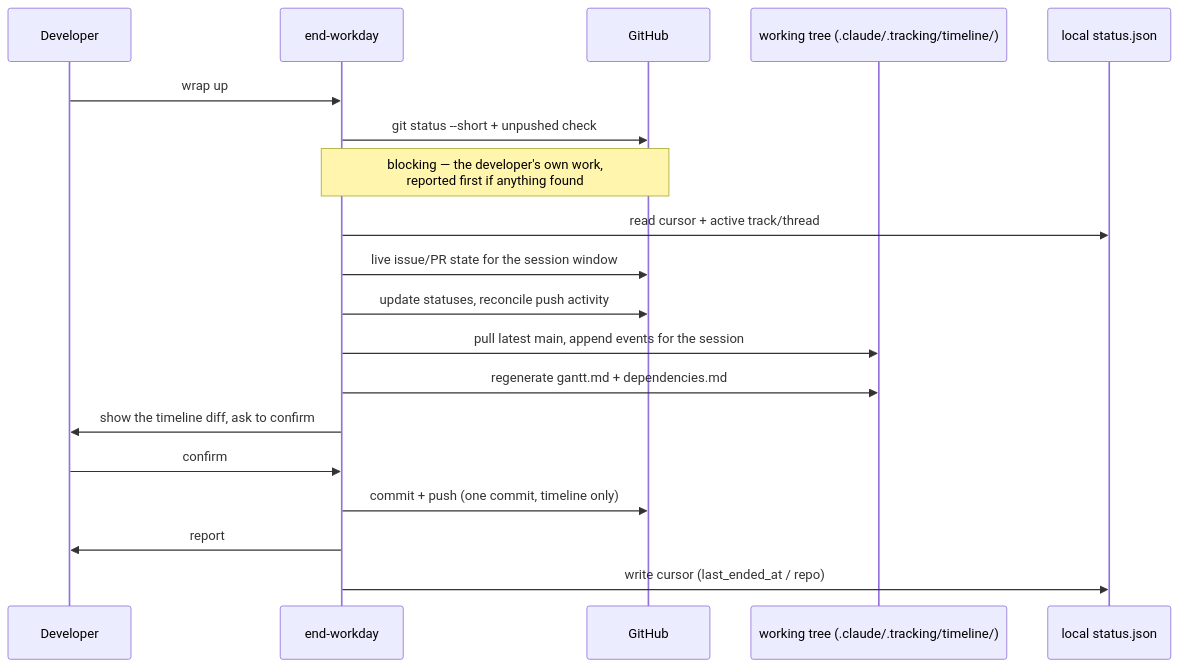
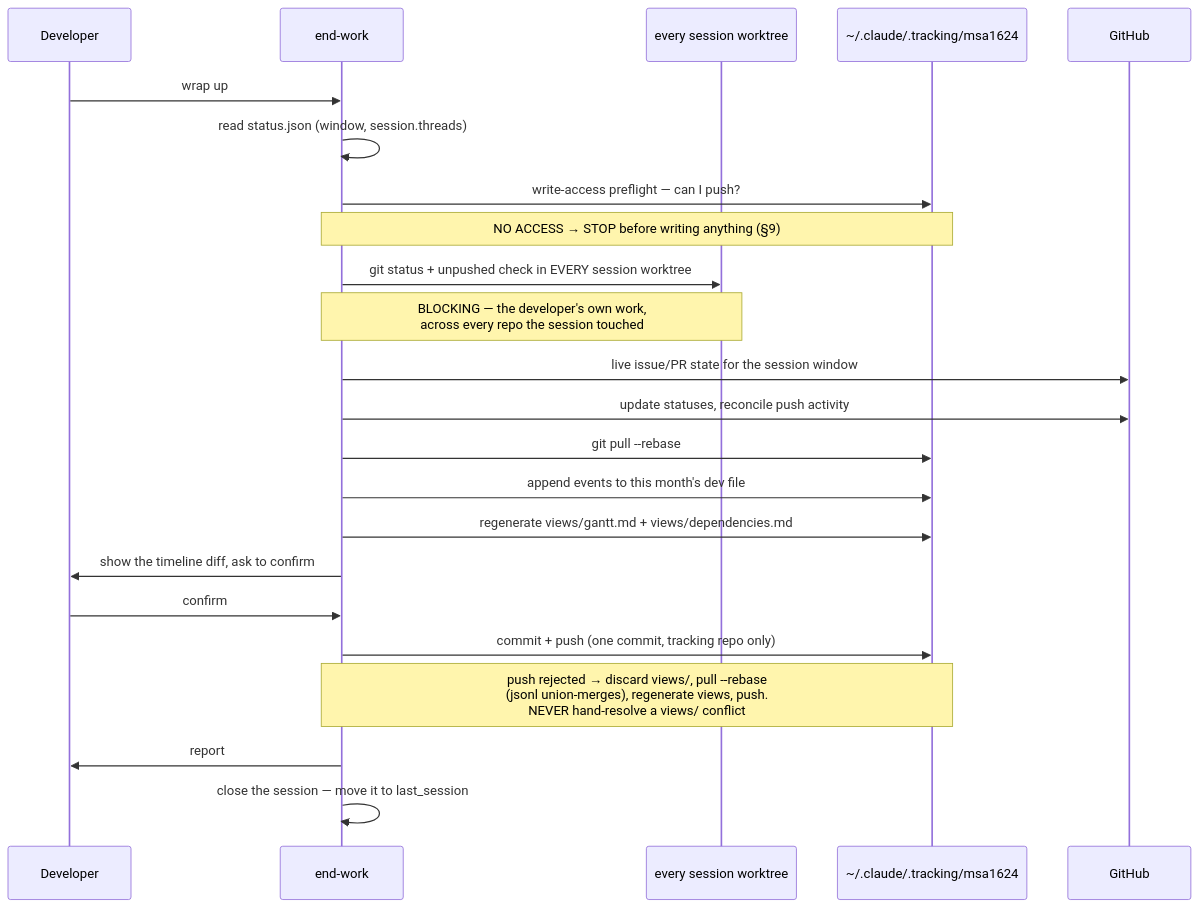
One commit to alimohammed1624/skills changed the sixth of 8 diagrams in docs/target-workflow.md. Above: the diagram before and after it, drawn with Mermaid. The commit also changed other lines of this file and 1 other file, not shown here.

````diff
--- a/docs/target-workflow.md
+++ b/docs/target-workflow.md
@@ -311,22 +483,26 @@
 ```mermaid
 sequenceDiagram
     participant D as Developer
-    participant S as end-workday
+    participant S as end-work
+    participant P as every session worktree
+    participant T as ~/.claude/.tracking/msa1624
     participant G as GitHub
-    participant W as working tree (.claude/.tracking/timeline/)
-    participant L as local status.json
 
     D->>S: wrap up
-    S->>G: git status --short + unpushed check
-    Note over S,G: blocking — the developer's own work,<br/>reported first if anything found
-    S->>L: read cursor + active track/thread
+    S->>S: read status.json (window, session.threads)
+    S->>T: write-access preflight — can I push?
+    Note over S,T: NO ACCESS → STOP before writing anything (§9)
+    S->>P: git status + unpushed check in EVERY session worktree
+    Note over S,P: BLOCKING — the developer's own work,<br/>across every repo the session touched
     S->>G: live issue/PR state for the session window
     S->>G: update statuses, reconcile push activity
-    S->>W: pull latest main, append events for the session
-    S->>W: regenerate gantt.md + dependencies.md
+    S->>T: git pull --rebase
+    S->>T: append events to this month's dev file
+    S->>T: regenerate views/gantt.md + views/dependencies.md
     S->>D: show the timeline diff, ask to confirm
     D->>S: confirm
-    S->>G: commit + push (one commit, timeline only)
+    S->>T: commit + push (one commit, tracking repo only)
+    Note over S,T: push rejected → discard views/, pull --rebase<br/>(jsonl union-merges), regenerate views, push.<br/>NEVER hand-resolve a views/ conflict
     S->>D: report
-    S->>L: write cursor (last_ended_at / repo)
+    S->>S: close the session — move it to last_session
 ```
````
